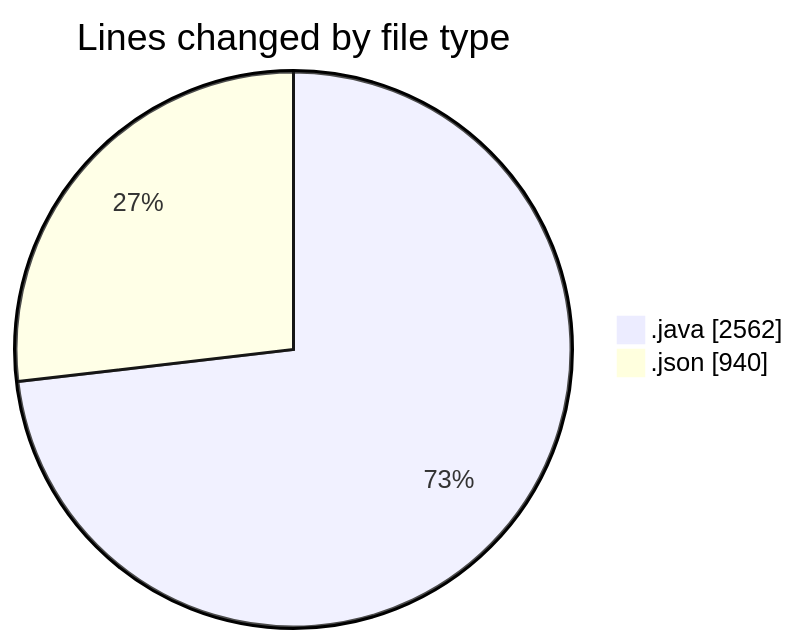
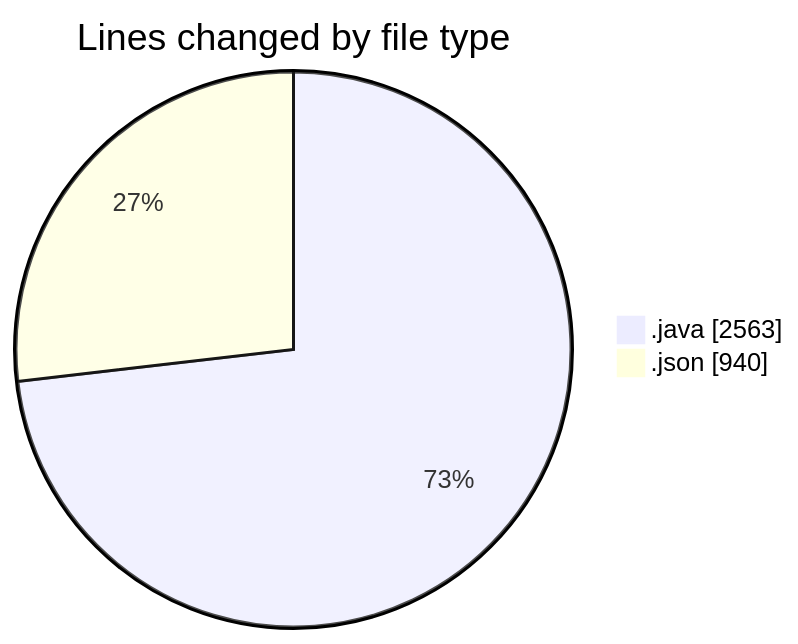
One commit to ricardozamudiocil/code-tracking changed the first of 2 diagrams in 2026-04-28/cilapp/README.md. Above: the diagram before and after it, drawn with Mermaid. The commit also changed other lines of this file and 1 other file, not shown here.

````diff
--- a/2026-04-28/cilapp/README.md
+++ b/2026-04-28/cilapp/README.md
@@ -23,6 +23,6 @@
 ```mermaid
 pie showData
 title Lines changed by file type
-".java" : 2562
+".java" : 2563
 ".json" : 940
 ```
````
